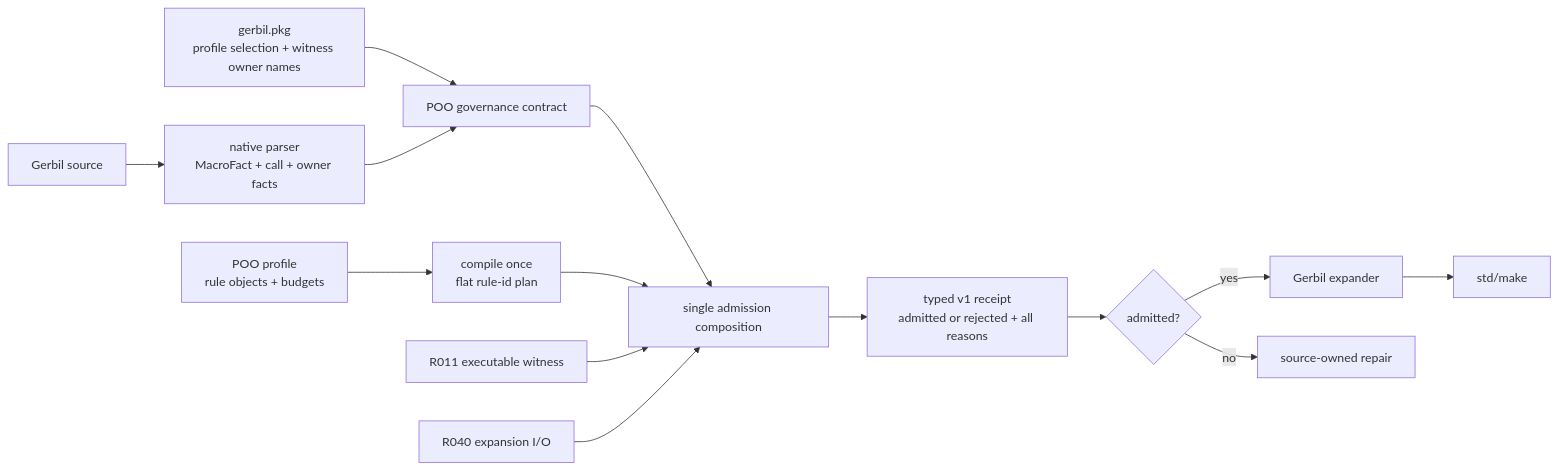
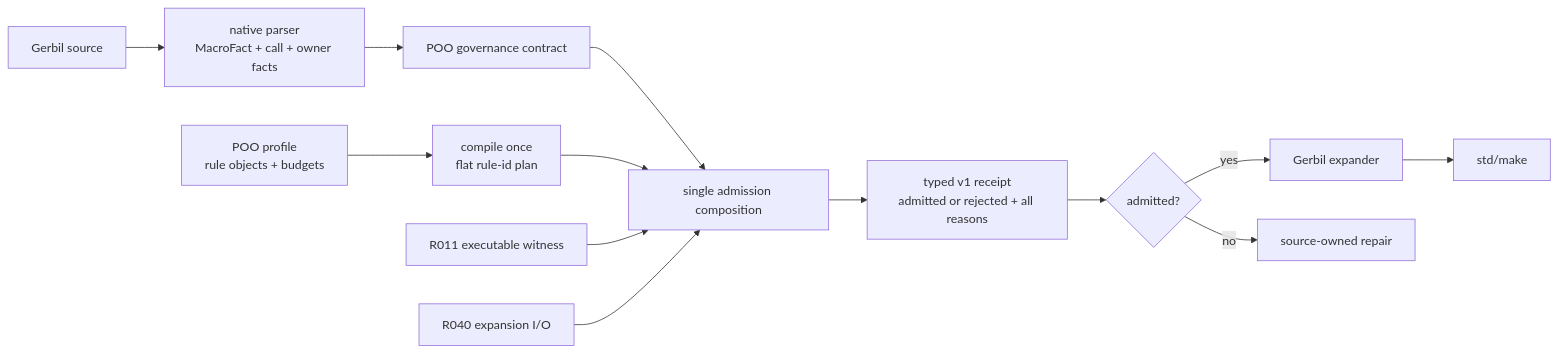
Before and after one commit to tao3k/asp-gerbil-scheme: the diagram in docs/50-59-policy/51.07-poo-macro-governance-framework.org, drawn with Mermaid. The commit also changed other lines of this file and 55 other files, not shown here.

First line of the commit message:
refactor: remove package policy DSL and retain default governance

```diff
--- a/docs/50-59-policy/51.07-poo-macro-governance-framework.org
+++ b/docs/50-59-policy/51.07-poo-macro-governance-framework.org
@@ -29,16 +28,16 @@
 #+begin_src mermaid
 flowchart LR
   Source["Gerbil source"] --> Parser["native parser\nMacroFact + call + owner facts"]
-  Package["gerbil.pkg\nprofile selection + witness owner names"] --> Contract["POO governance contract"]
+  Contract["POO governance contract"]
   Profile["POO profile\nrule objects + budgets"] --> Compile["compile once\nflat rule-id plan"]
   Parser --> Contract
   Contract --> Admission["single admission composition"]
   Compile --> Admission
   R011["R011 executable witness"] --> Admission
   R040["R040 expansion I/O"] --> Admission
   Admission --> Receipt["typed v1 receipt\nadmitted or rejected + all reasons"]
   Receipt --> Gate{"admitted?"}
   Gate -- yes --> Expander["Gerbil expander"]
   Gate -- no --> Repair["source-owned repair"]
   Expander --> Make["std/make"]
 #+end_src
```
